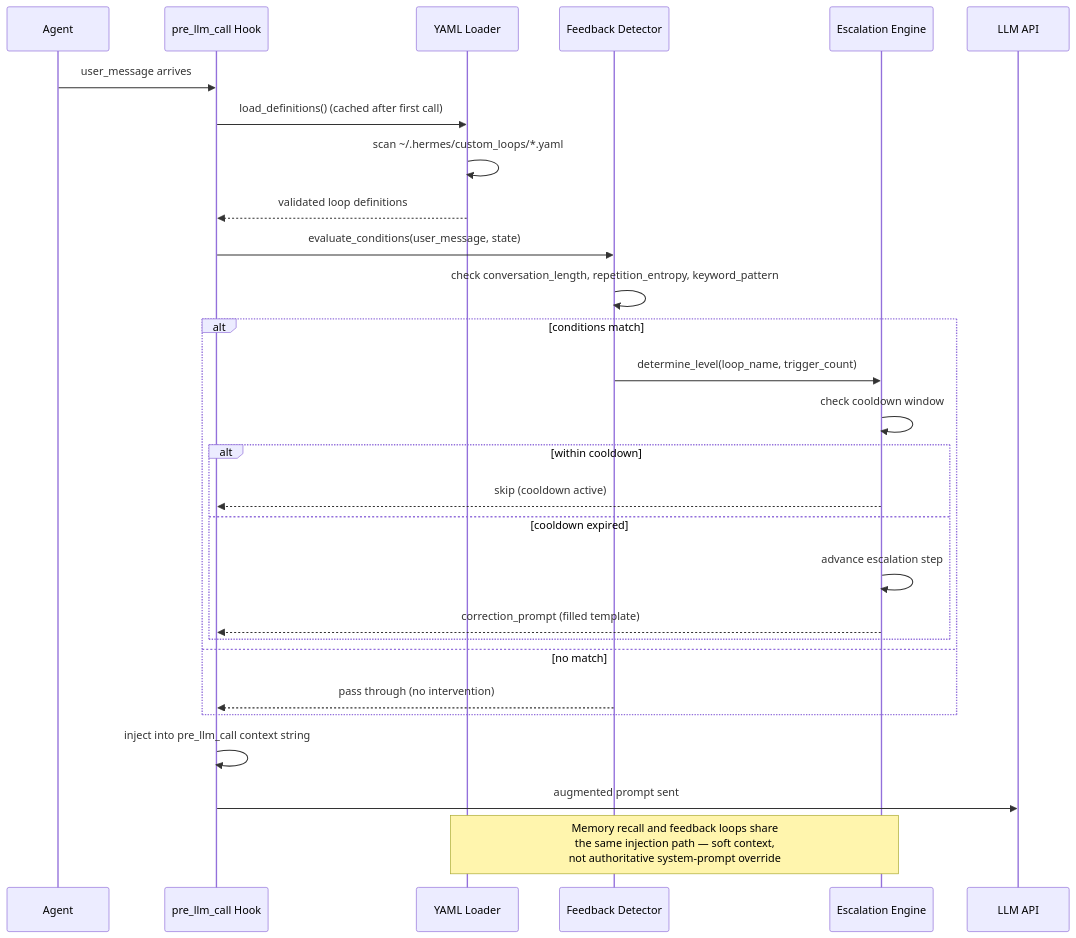
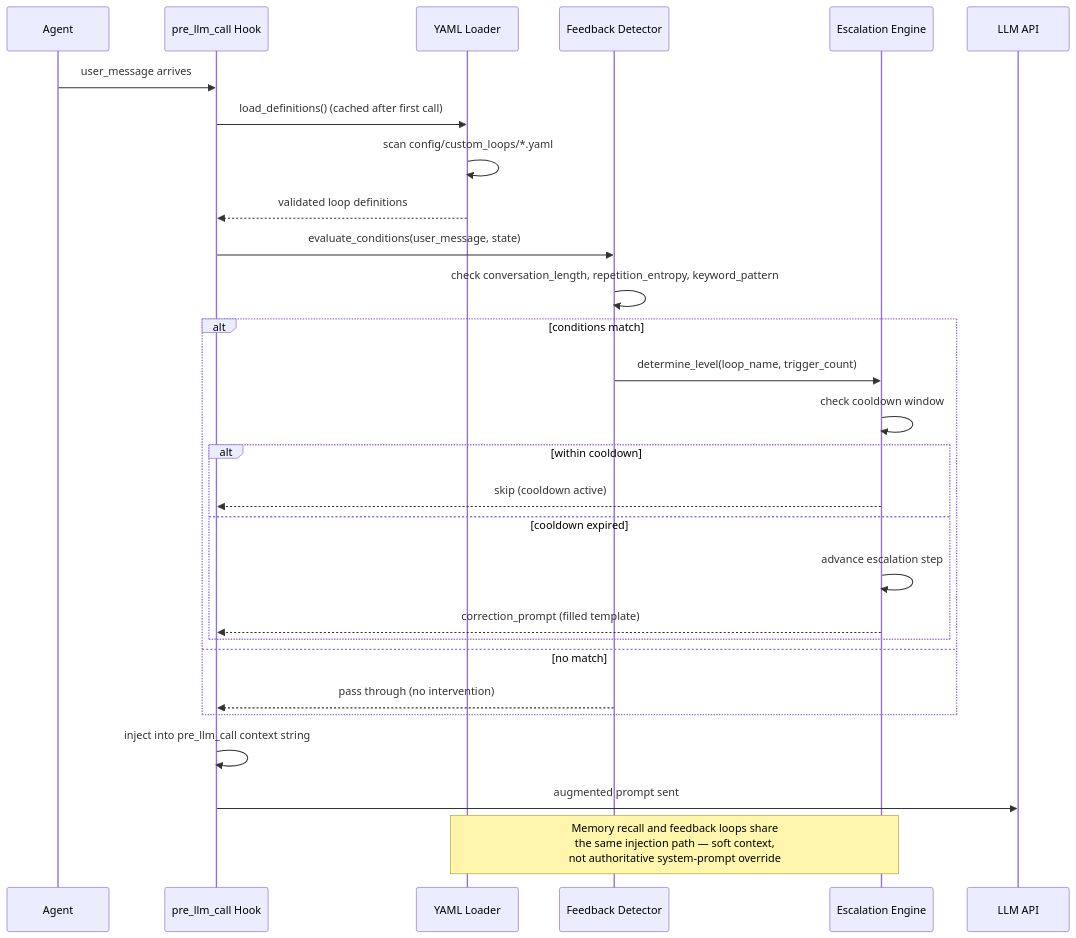
One commit to BuboTheWise/MemChorus changed the diagram in README.md. Above: the diagram before and after it, drawn with Mermaid. The commit also changed other lines of this file, not shown here.

First line of the commit message:
docs: comprehensive README overhaul with architecture diagrams, data flow maps, and version correction (v1.1.04) (#12)

````diff
--- a/README.md
+++ b/README.md
@@ -43,31 +186,31 @@
 ```mermaid
 sequenceDiagram
     participant Agent
     participant Hook as pre_llm_call Hook
     participant Loader as YAML Loader
     participant Detector as Feedback Detector
     participant Escalation as Escalation Engine
     participant LLM as LLM API
 
     Agent->>Hook: user_message arrives
     Hook->>Loader: load_definitions() (cached after first call)
-    Loader->>Loader: scan ~/.hermes/custom_loops/*.yaml
+    Loader->>Loader: scan config/custom_loops/*.yaml
     Loader-->>Hook: validated loop definitions
     Hook->>Detector: evaluate_conditions(user_message, state)
     Detector->>Detector: check conversation_length, repetition_entropy, keyword_pattern
     alt conditions match
         Detector->>Escalation: determine_level(loop_name, trigger_count)
         Escalation->>Escalation: check cooldown window
         alt within cooldown
             Escalation-->>Hook: skip (cooldown active)
         else cooldown expired
             Escalation->>Escalation: advance escalation step
             Escalation-->>Hook: correction_prompt (filled template)
         end
     else no match
         Detector-->>Hook: pass through (no intervention)
     end
     Hook->>Hook: inject into pre_llm_call context string
     Hook->>LLM: augmented prompt sent
     Note over Loader,Escalation: Memory recall and feedback loops share<br/>the same injection path — soft context,<br/>not authoritative system-prompt override
 ```
````
